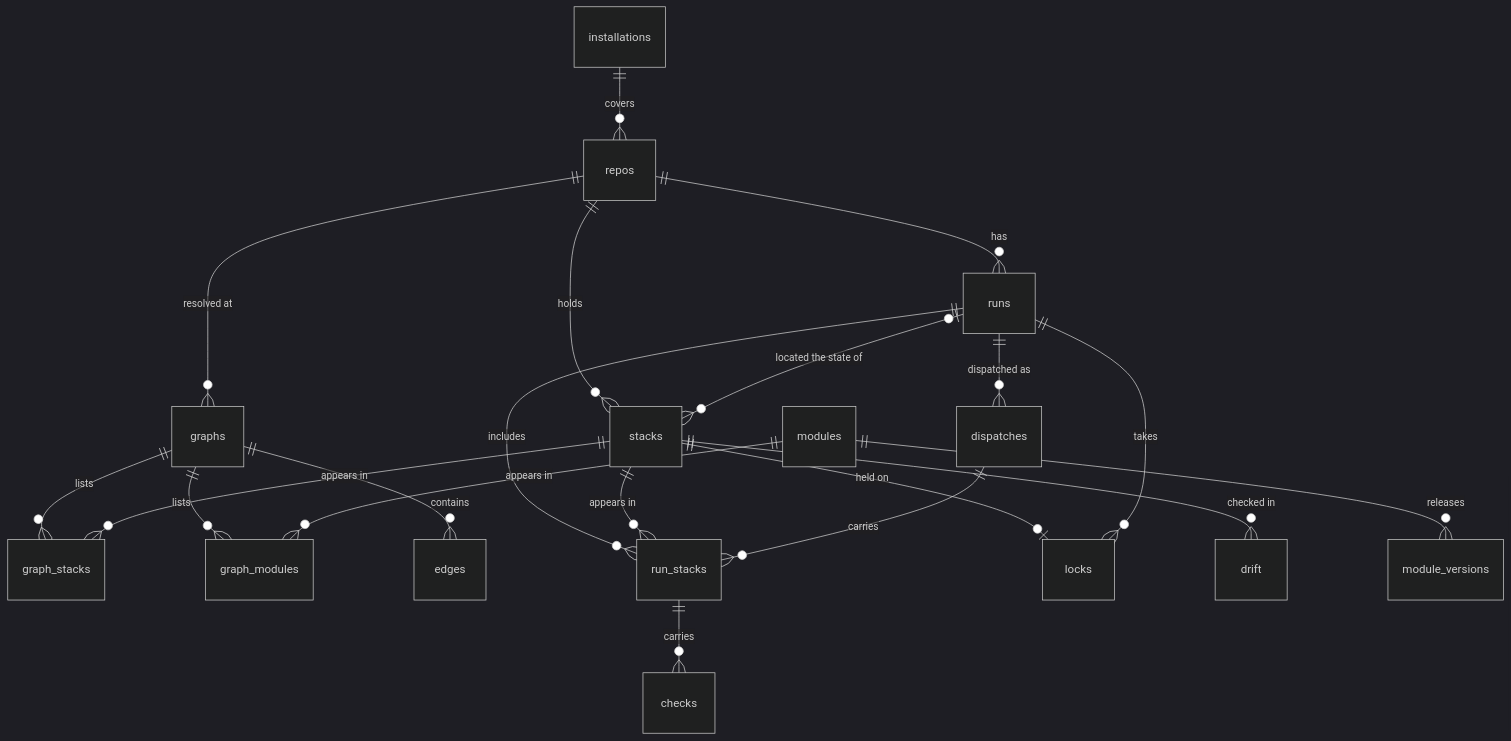
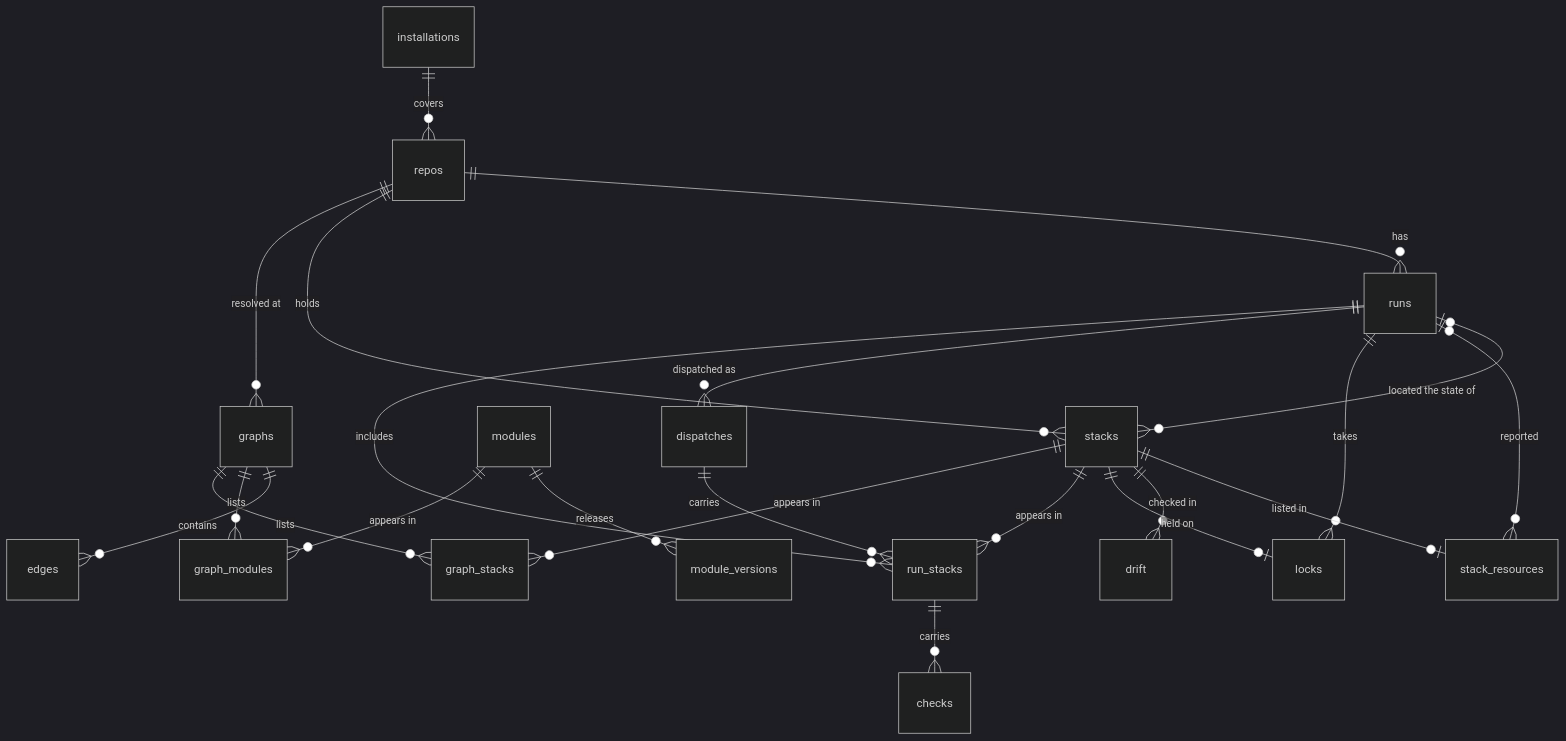
Before and after one commit to stackorder/stackorder: the diagram in docs/reference/data-model.md, drawn with Mermaid (dark theme). The commit also changed other lines of this file, not shown here.

First line of the commit message:
docs(reference): add the stack_resources table to the data model

````diff
--- a/docs/reference/data-model.md
+++ b/docs/reference/data-model.md
@@ -51,22 +52,24 @@
 ```mermaid
 erDiagram
   installations ||--o{ repos : covers
   repos ||--o{ graphs : "resolved at"
   repos ||--o{ stacks : holds
   repos ||--o{ runs : has
   graphs ||--o{ graph_stacks : lists
   stacks ||--o{ graph_stacks : "appears in"
   graphs ||--o{ graph_modules : lists
   modules ||--o{ graph_modules : "appears in"
   graphs ||--o{ edges : contains
   runs ||--o{ run_stacks : includes
   stacks ||--o{ run_stacks : "appears in"
   run_stacks ||--o{ checks : carries
   runs ||--o{ dispatches : "dispatched as"
   dispatches ||--o{ run_stacks : carries
   stacks ||--o| locks : "held on"
   runs ||--o{ locks : takes
   stacks ||--o{ drift : "checked in"
+  stacks ||--o| stack_resources : "listed in"
+  runs |o--o{ stack_resources : reported
   runs |o--o{ stacks : "located the state of"
   modules ||--o{ module_versions : releases
 ```
````
